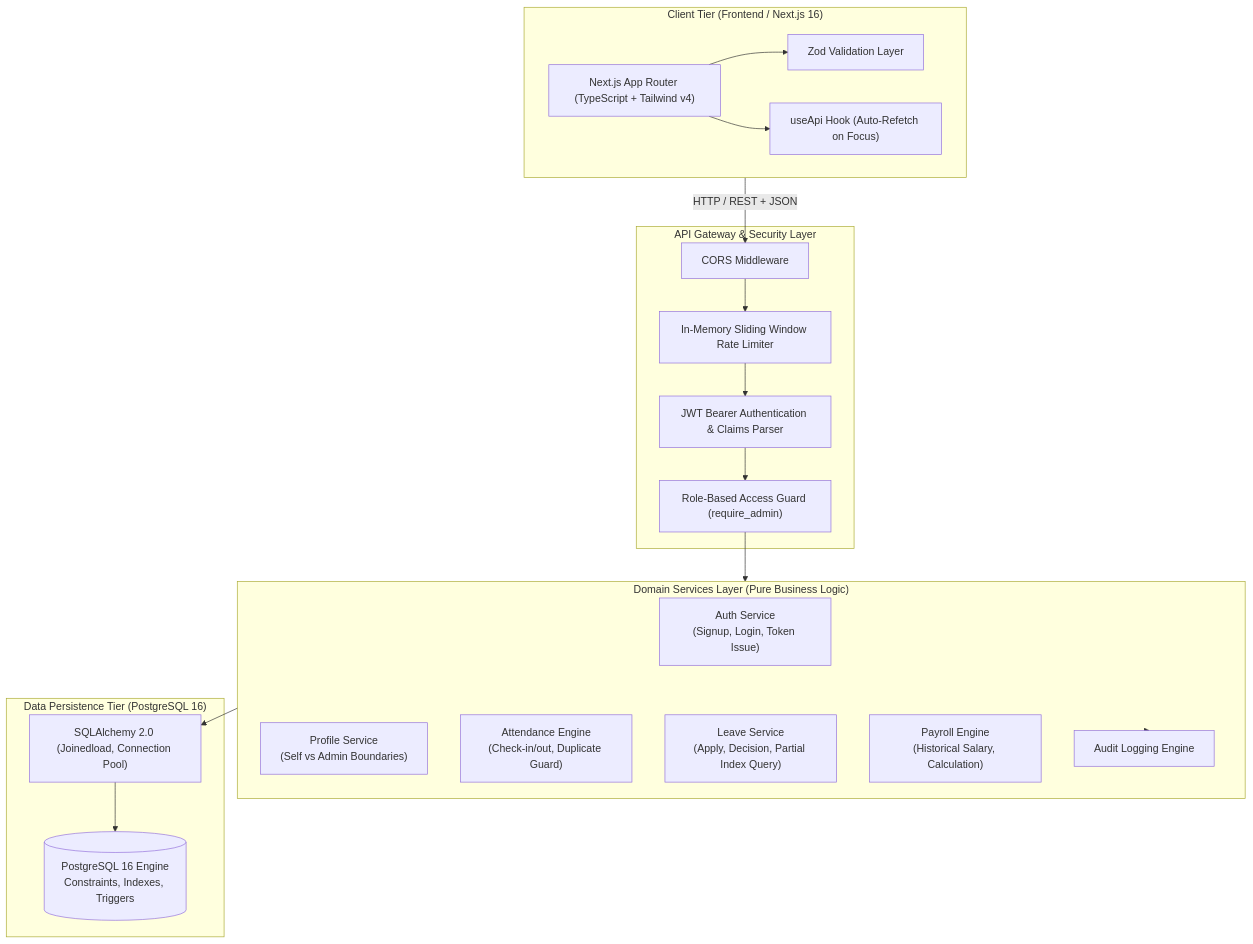
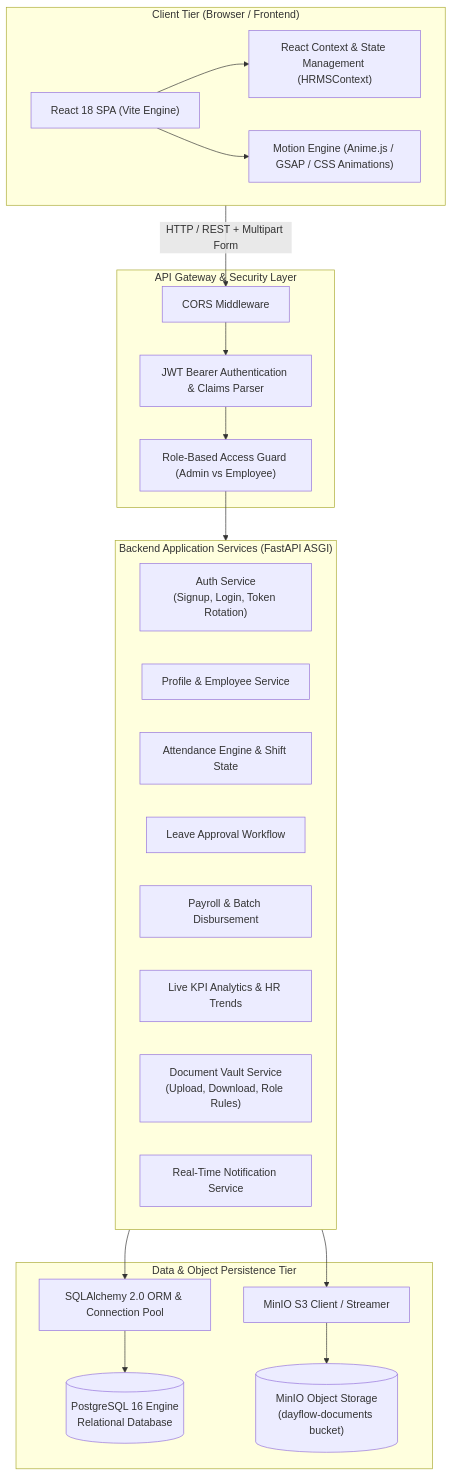
One commit to oggigachad/dayflow changed the first of 5 diagrams in README.md. Above: the diagram before and after it, drawn with Mermaid. The commit also changed other lines of this file, not shown here.

````diff
--- a/README.md
+++ b/README.md
@@ -46,40 +64,43 @@
 ```mermaid
 flowchart TB
-    subgraph ClientTier["Client Tier (Frontend / Next.js 16)"]
-        UI["Next.js App Router (TypeScript + Tailwind v4)"]
-        Zod["Zod Validation Layer"]
-        Hooks["useApi Hook (Auto-Refetch on Focus)"]
-        UI --> Zod
-        UI --> Hooks
+    subgraph ClientTier["Client Tier (Browser / Frontend)"]
+        UI["React 18 SPA (Vite Engine)"]
+        State["React Context & State Management (HRMSContext)"]
+        Anime["Motion Engine (Anime.js / GSAP / CSS Animations)"]
+        UI --> State
+        UI --> Anime
     end
 
     subgraph GatewayTier["API Gateway & Security Layer"]
         CORS["CORS Middleware"]
         AuthMid["JWT Bearer Authentication & Claims Parser"]
-        RBAC["Role-Based Access Guard (require_admin)"]
-        RateLimit["In-Memory Sliding Window Rate Limiter"]
+        RBAC["Role-Based Access Guard (Admin vs Employee)"]
     end
 
-    subgraph ServiceTier["Domain Services Layer (Pure Business Logic)"]
-        AuthSvc["Auth Service\n(Signup, Login, Token Issue)"]
-        ProfileSvc["Profile Service\n(Self vs Admin Boundaries)"]
-        AttendanceSvc["Attendance Engine\n(Check-in/out, Duplicate Guard)"]
-        LeaveSvc["Leave Service\n(Apply, Decision, Partial Index Query)"]
-        PayrollSvc["Payroll Engine\n(Historical Salary, Calculation)"]
-        AuditSvc["Audit Logging Engine"]
+    subgraph ServiceTier["Backend Application Services (FastAPI ASGI)"]
+        AuthSvc["Auth Service\n(Signup, Login, Token Rotation)"]
+        ProfileSvc["Profile & Employee Service"]
+        AttendanceSvc["Attendance Engine & Shift State"]
+        LeaveSvc["Leave Approval Workflow"]
+        PayrollSvc["Payroll & Batch Disbursement"]
+        AnalyticsSvc["Live KPI Analytics & HR Trends"]
+        DocSvc["Document Vault Service\n(Upload, Download, Role Rules)"]
+        NotifSvc["Real-Time Notification Service"]
     end
 
-    subgraph DataTier["Data Persistence Tier (PostgreSQL 16)"]
-        ORM["SQLAlchemy 2.0 (Joinedload, Connection Pool)"]
-        DB[(PostgreSQL 16 Engine\nConstraints, Indexes, Triggers)]
+    subgraph PersistenceTier["Data & Object Persistence Tier"]
+        ORM["SQLAlchemy 2.0 ORM & Connection Pool"]
+        DB[(PostgreSQL 16 Engine\nRelational Database)]
+        StorageClient["MinIO S3 Client / Streamer"]
+        ObjectStore[("MinIO Object Storage\n(dayflow-documents bucket)")]
     end
 
-    ClientTier -->|HTTP / REST + JSON| CORS
-    CORS --> RateLimit
-    RateLimit --> AuthMid
+    ClientTier -->|HTTP / REST + Multipart Form| CORS
+    CORS --> AuthMid
     AuthMid --> RBAC
     RBAC --> ServiceTier
-    ServiceTier --> AuditSvc
     ServiceTier --> ORM
+    ServiceTier --> StorageClient
     ORM --> DB
+    StorageClient --> ObjectStore
 ```
````
